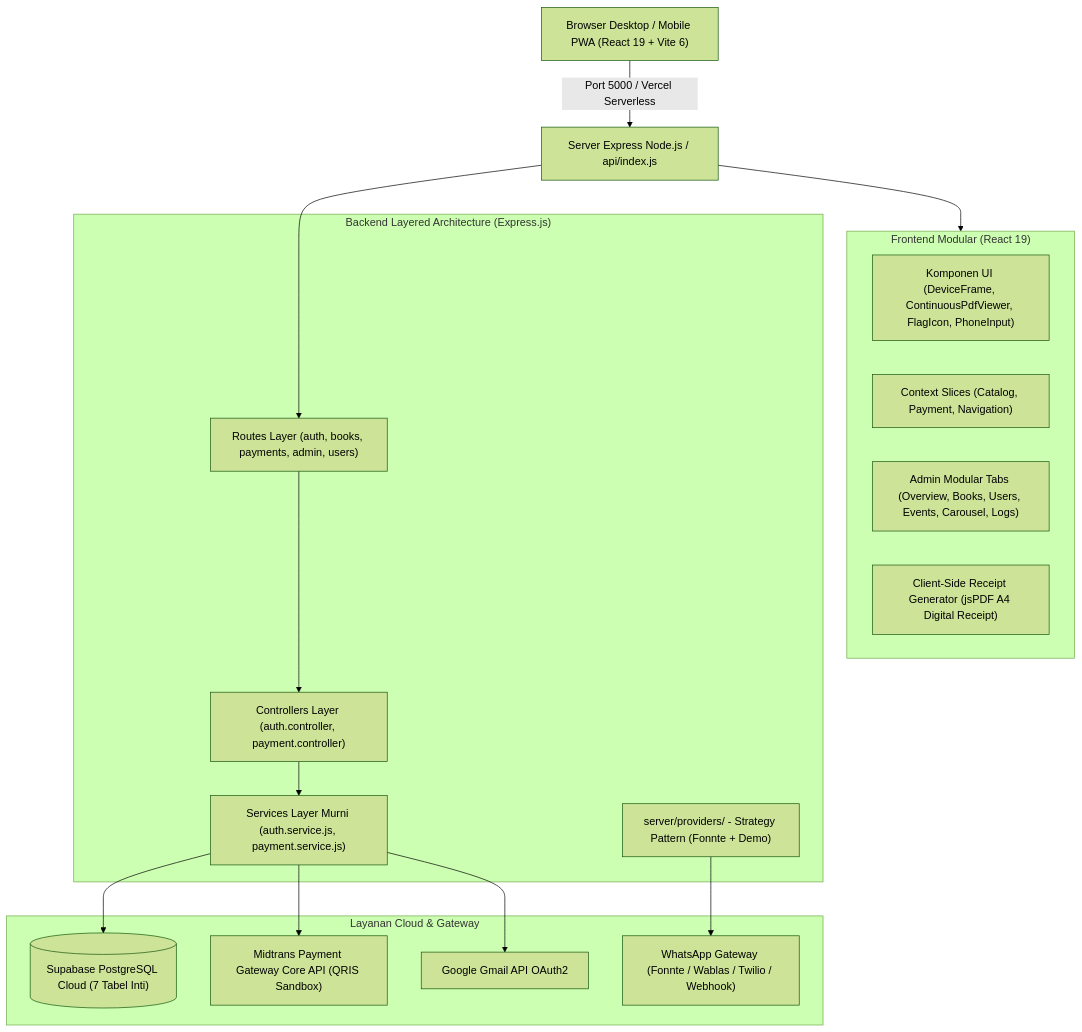
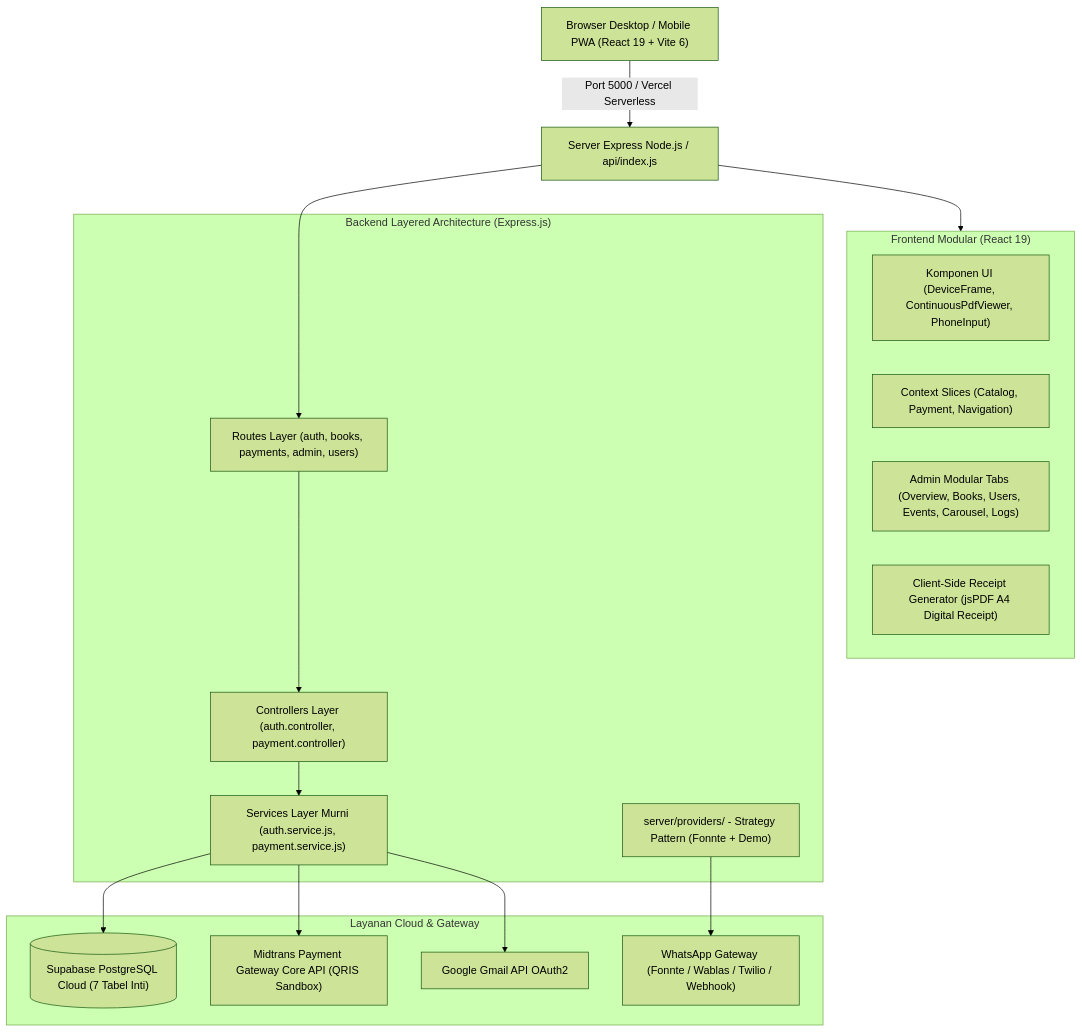
One commit to daffa-789/Wahidiyah-Book-Midtrans changed the diagram in Master_Memory_Workflow.md. Above: the diagram before and after it, drawn with Mermaid (forest theme). The commit also changed other lines of this file and 8 other files, not shown here.

````diff
--- a/Master_Memory_Workflow.md
+++ b/Master_Memory_Workflow.md
@@ -123,34 +123,34 @@
 ```mermaid
 graph TD
     Client["Browser Desktop / Mobile PWA (React 19 + Vite 6)"] -->|Port 5000 / Vercel Serverless| Express["Server Express Node.js / api/index.js"]
     
     subgraph Frontend ["Frontend Modular (React 19)"]
-        UI["Komponen UI (DeviceFrame, ContinuousPdfViewer, FlagIcon, PhoneInput)"]
+        UI["Komponen UI (DeviceFrame, ContinuousPdfViewer, PhoneInput)"]
         State["Context Slices (Catalog, Payment, Navigation)"]
         AdminTabs["Admin Modular Tabs (Overview, Books, Users, Events, Carousel, Logs)"]
         Receipt["Client-Side Receipt Generator (jsPDF A4 Digital Receipt)"]
     end
 
     subgraph Backend ["Backend Layered Architecture (Express.js)"]
         Routes["Routes Layer (auth, books, payments, admin, users)"]
         Controllers["Controllers Layer (auth.controller, payment.controller)"]
         Services["Services Layer Murni (auth.service.js, payment.service.js)"]
         WAProviders["server/providers/ - Strategy Pattern (Fonnte + Demo)"]
     end
 
     subgraph External ["Layanan Cloud & Gateway"]
         Supa[("Supabase PostgreSQL Cloud (7 Tabel Inti)")]
         Midtrans["Midtrans Payment Gateway Core API (QRIS Sandbox)"]
         Gmail["Google Gmail API OAuth2"]
         WAGateway["WhatsApp Gateway (Fonnte / Wablas / Twilio / Webhook)"]
     end
 
     Express --> Frontend
     Express --> Routes
     Routes --> Controllers
     Controllers --> Services
     Services --> Supa
     Services --> Midtrans
     Services --> Gmail
     WAProviders --> WAGateway
 ```
````
